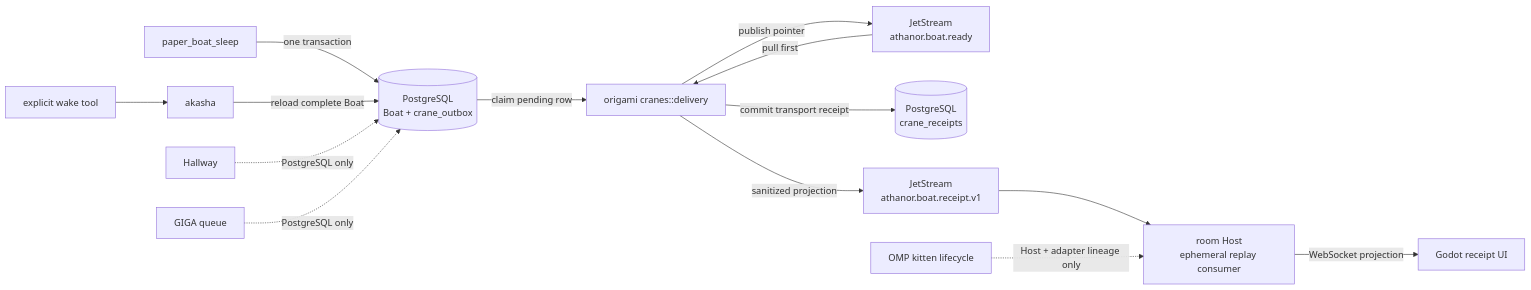
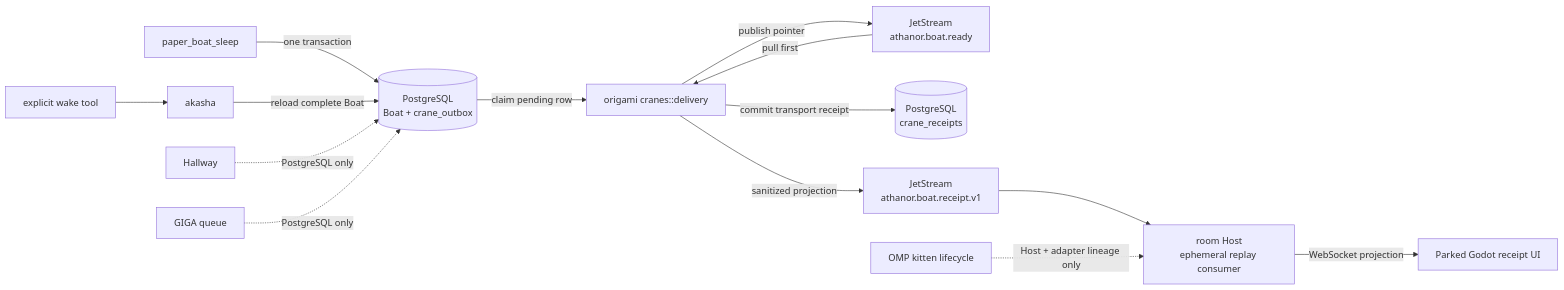
One commit to solarisael/the-athanor changed the second of 4 diagrams in docs/RUNTIME_ARCHITECTURE.md. Above: the diagram before and after it, drawn with Mermaid. The commit also changed other lines of this file and 15 other files, not shown here.

First line of the commit message:
docs: the web prototype is the operator door; Godot is parked

````diff
--- a/docs/RUNTIME_ARCHITECTURE.md
+++ b/docs/RUNTIME_ARCHITECTURE.md
@@ -563,18 +565,18 @@
 ```mermaid
 flowchart LR
   SLEEP["paper_boat_sleep"] -->|"one transaction"| PG[("PostgreSQL<br/>Boat + crane_outbox")]
   PG -->|"claim pending row"| DELIVERY["origami cranes::delivery"]
   DELIVERY -->|"publish pointer"| READY["JetStream<br/>athanor.boat.ready"]
   READY -->|"pull first"| DELIVERY
   DELIVERY -->|"commit transport receipt"| RECEIPTS[("PostgreSQL<br/>crane_receipts")]
   DELIVERY -->|"sanitized projection"| RECEIPT_STREAM["JetStream<br/>athanor.boat.receipt.v1"]
   RECEIPT_STREAM --> HOST["room Host<br/>ephemeral replay consumer"]
-  HOST -->|"WebSocket projection"| GODOT["Godot receipt UI"]
+  HOST -->|"WebSocket projection"| GODOT["Parked Godot receipt UI"]
 
   WAKE["explicit wake tool"] --> SUBSTRATE["akasha"]
   SUBSTRATE -->|"reload complete Boat"| PG
 
   HALLWAY["Hallway"] -.->|"PostgreSQL only"| PG
   GIGA["GIGA queue"] -.->|"PostgreSQL only"| PG
   KITTEN["OMP kitten lifecycle"] -.->|"Host + adapter lineage only"| HOST
 ```
````
